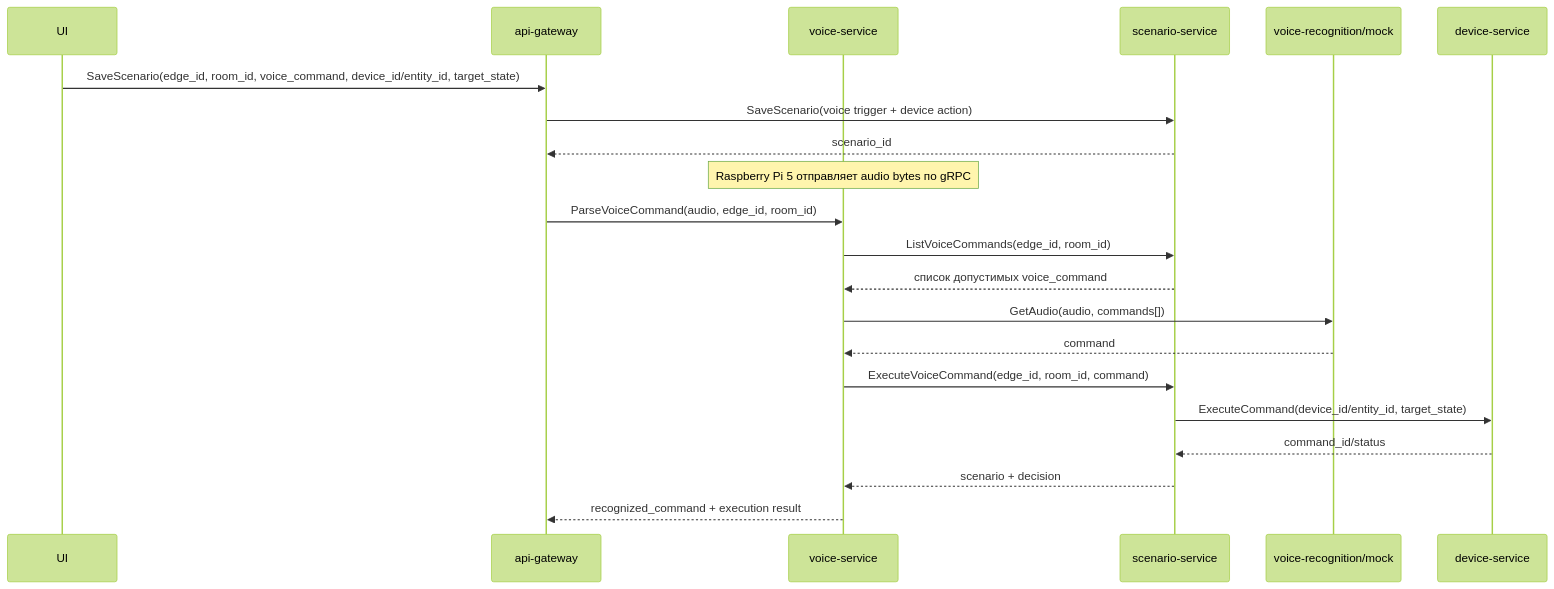
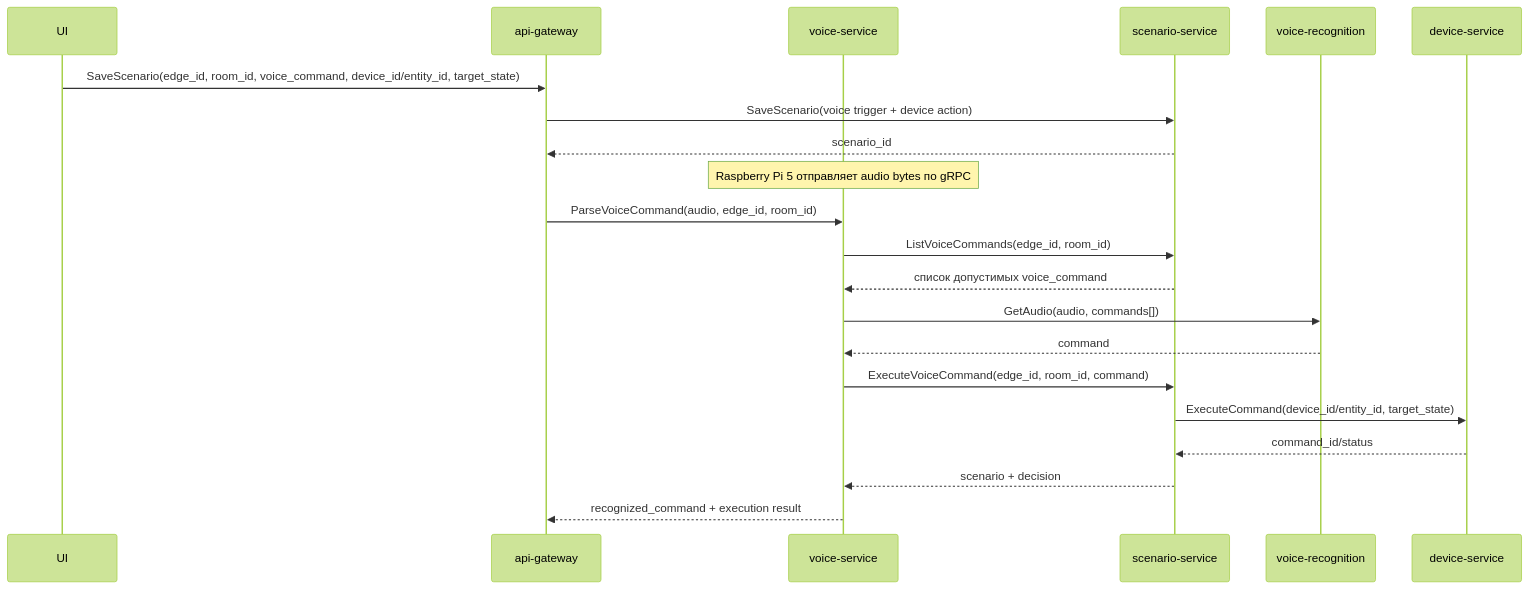
Before and after one commit to danzelVash/diplom_mirea_vps: the diagram in docs/Voice_Command_Flow.md, drawn with Mermaid (forest theme). The commit also changed other lines of this file and 29 other files, not shown here.

Commit message:
Remove voice mock and fix VPS docker workspace

````diff
--- a/docs/Voice_Command_Flow.md
+++ b/docs/Voice_Command_Flow.md
@@ -34,25 +34,25 @@
 ```mermaid
 sequenceDiagram
     participant UI
     participant Gateway as api-gateway
     participant Voice as voice-service
     participant Scenario as scenario-service
-    participant Recognizer as voice-recognition/mock
+    participant Recognizer as voice-recognition
     participant Device as device-service
 
     UI->>Gateway: SaveScenario(edge_id, room_id, voice_command, device_id/entity_id, target_state)
     Gateway->>Scenario: SaveScenario(voice trigger + device action)
     Scenario-->>Gateway: scenario_id
 
     Note over Voice: Raspberry Pi 5 отправляет audio bytes по gRPC
     Gateway->>Voice: ParseVoiceCommand(audio, edge_id, room_id)
     Voice->>Scenario: ListVoiceCommands(edge_id, room_id)
     Scenario-->>Voice: список допустимых voice_command
     Voice->>Recognizer: GetAudio(audio, commands[])
     Recognizer-->>Voice: command
     Voice->>Scenario: ExecuteVoiceCommand(edge_id, room_id, command)
     Scenario->>Device: ExecuteCommand(device_id/entity_id, target_state)
     Device-->>Scenario: command_id/status
     Scenario-->>Voice: scenario + decision
     Voice-->>Gateway: recognized_command + execution result
 ```
````
